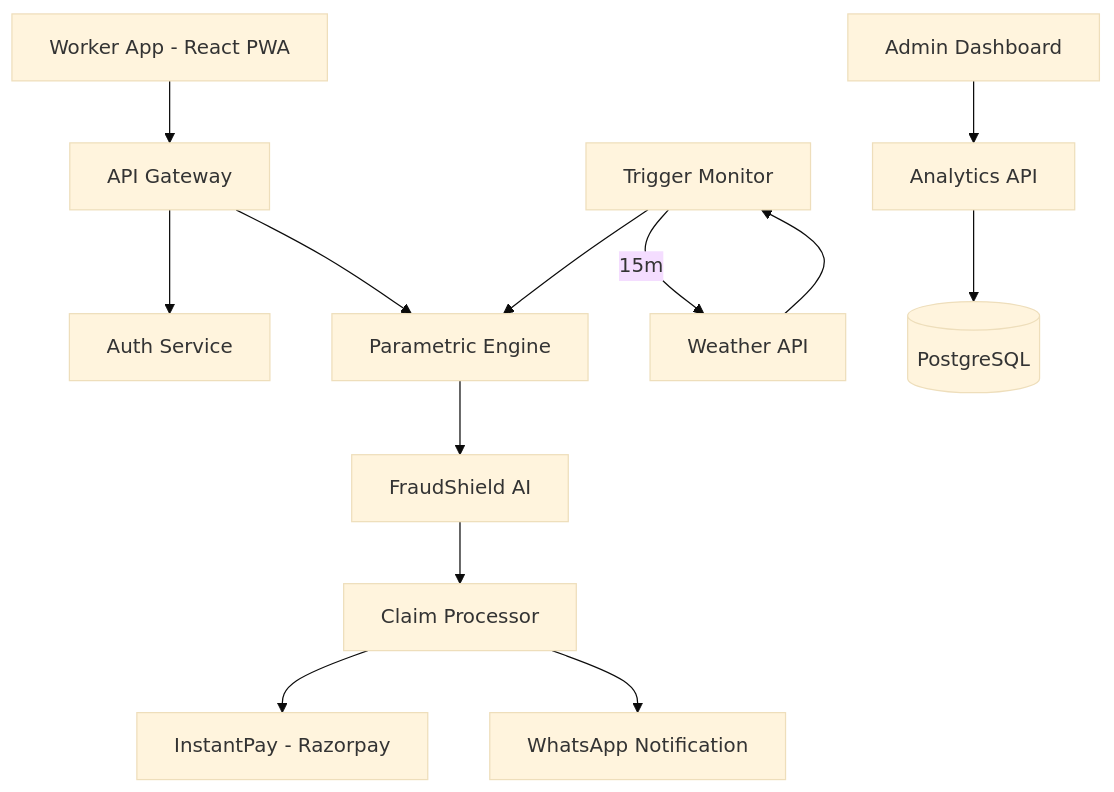
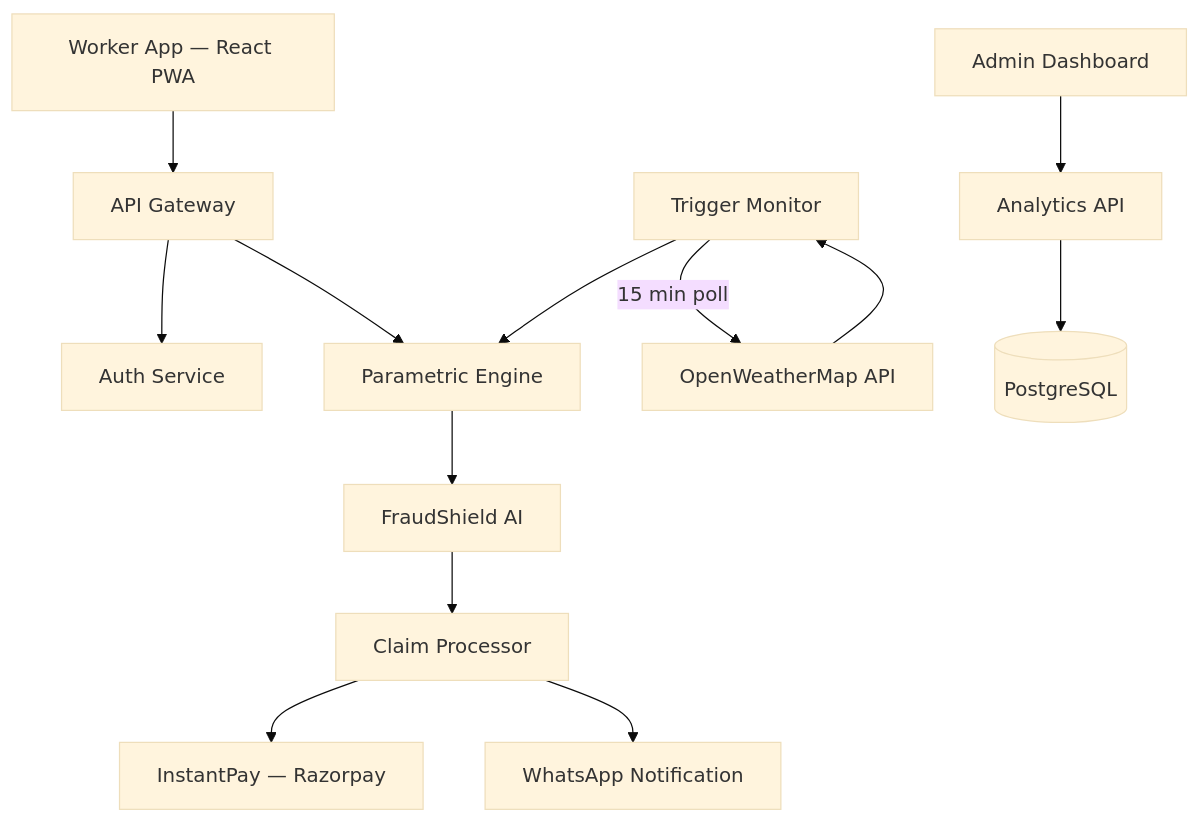
The second of 2 diagrams in README.md (abdul8704/GuideWire_Visioners), drawn with Mermaid (base theme) before and after one commit. The commit also changed other lines of this file and 4 other files, not shown here.

````diff
--- a/README.md
+++ b/README.md
@@ -141,19 +142,19 @@
 ```mermaid
 graph TD
-    WorkerApp[Worker App - React PWA] --> APIGateway[API Gateway]
+    WorkerApp[Worker App — React PWA] --> APIGateway[API Gateway]
     APIGateway --> AuthService[Auth Service]
     APIGateway --> ParametricEngine[Parametric Engine]
-    
-    TriggerMonitor[Trigger Monitor] -- 15m --> WeatherAPI[Weather API]
+
+    TriggerMonitor[Trigger Monitor] -- 15 min poll --> WeatherAPI[OpenWeatherMap API]
     WeatherAPI --> TriggerMonitor
     TriggerMonitor --> ParametricEngine
-    
+
     ParametricEngine --> FraudShield[FraudShield AI]
     FraudShield --> ClaimProcessor[Claim Processor]
-    
-    ClaimProcessor --> InstantPay[InstantPay - Razorpay]
+
+    ClaimProcessor --> InstantPay[InstantPay — Razorpay]
     ClaimProcessor --> WhatsApp[WhatsApp Notification]
-    
+
     AdminDashboard[Admin Dashboard] --> AnalyticsAPI[Analytics API]
     AnalyticsAPI --> PostgreSQL[(PostgreSQL)]
 ```
````
